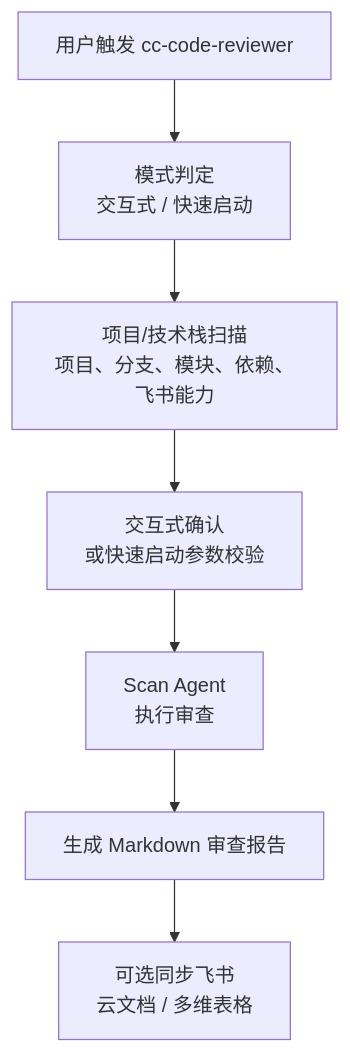
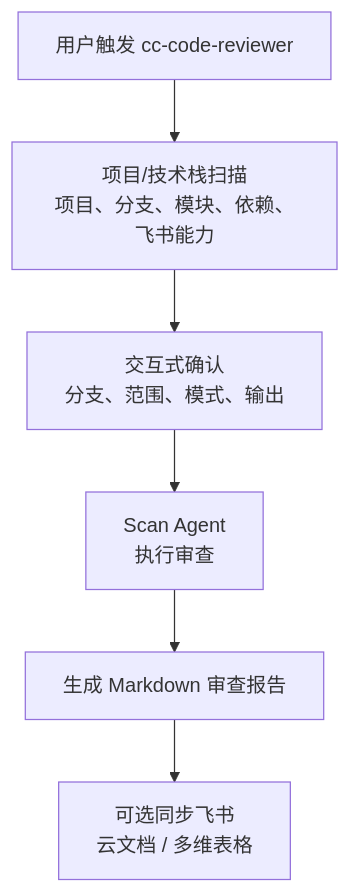
The second of 3 diagrams in README.md (ataskite/cc-code-reviewer), drawn with Mermaid before and after one commit. The commit also changed other lines of this file and 7 other files, not shown here.

Commit message:
feat: require interactive scan flow

````diff
--- a/README.md
+++ b/README.md
@@ -58,17 +58,15 @@
 ```mermaid
 flowchart TD
     Start["用户触发 cc-code-reviewer"]
-    Mode["模式判定<br/>交互式 / 快速启动"]
     Prescan["项目/技术栈扫描<br/>项目、分支、模块、依赖、飞书能力"]
-    Confirm["交互式确认<br/>或快速启动参数校验"]
+    Confirm["交互式确认<br/>分支、范围、模式、输出"]
     Agent["Scan Agent<br/>执行审查"]
     Report["生成 Markdown 审查报告"]
     Upload["可选同步飞书<br/>云文档 / 多维表格"]
 
-    Start --> Mode
-    Mode --> Prescan
+    Start --> Prescan
     Prescan --> Confirm
     Confirm --> Agent
     Agent --> Report
     Report --> Upload
 ```
````
